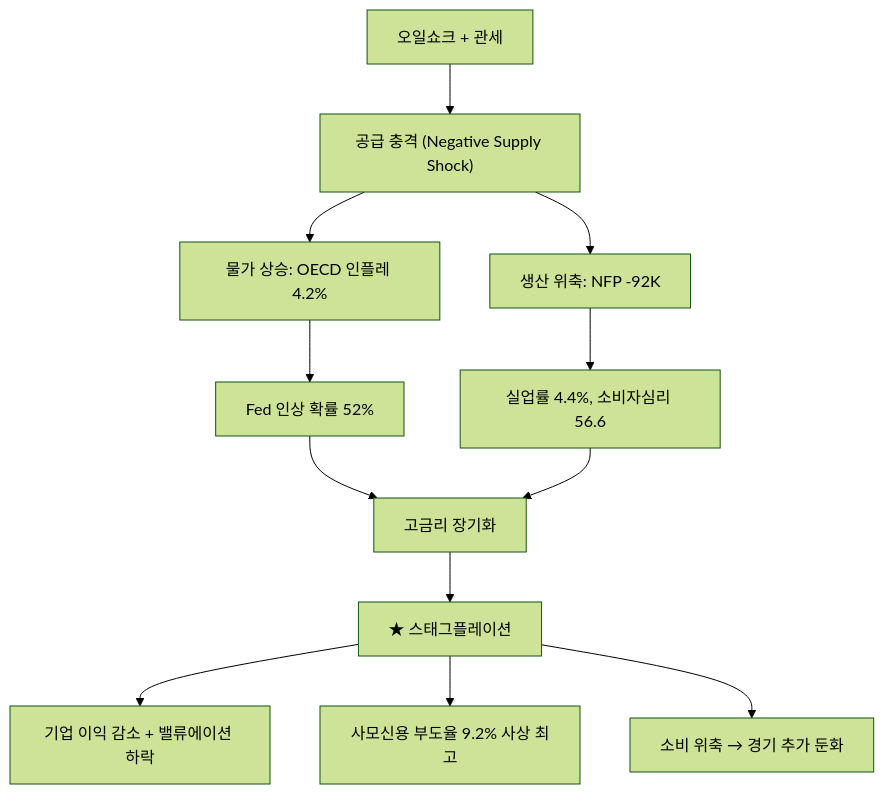
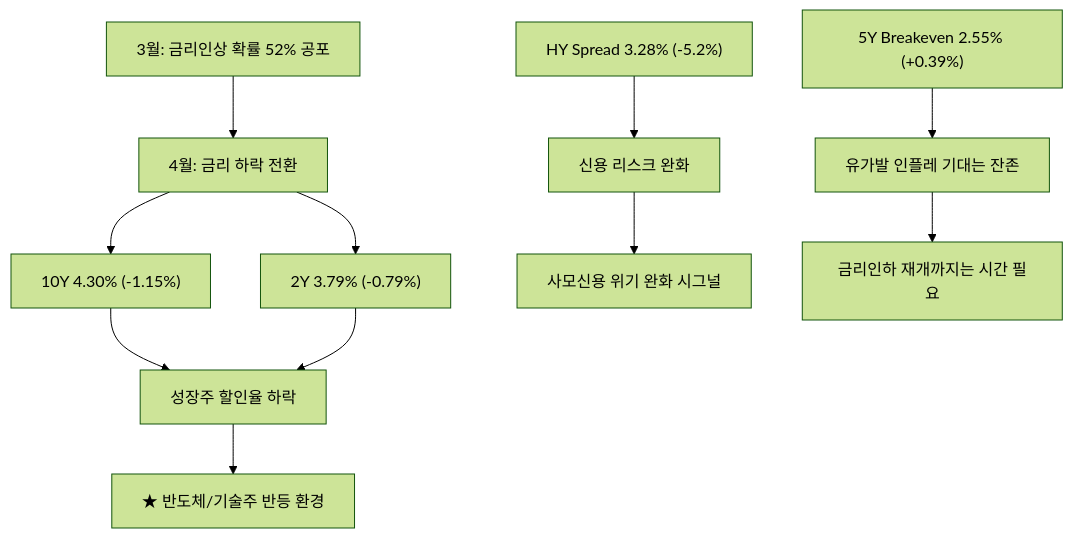
One commit to dss99911/dss99911.github.io changed the fourth of 9 diagrams in _posts/knowledge/invest/2026-01-12-macroeconomic-policy-sector-outlook-2026.md. Above: the diagram before and after it, drawn with Mermaid (forest theme). The commit also changed other lines of this file and 3 other files, not shown here.

````diff
--- a/_posts/knowledge/invest/2026-01-12-macroeconomic-policy-sector-outlook-2026.md
+++ b/_posts/knowledge/invest/2026-01-12-macroeconomic-policy-sector-outlook-2026.md
@@ -160,14 +156,13 @@
 ```mermaid
 graph TD
-    A["오일쇼크 + 관세"] --> B["공급 충격 #40;Negative Supply Shock#41;"]
-    B --> C["물가 상승: OECD 인플레 4.2%"]
-    B --> D["생산 위축: NFP -92K"]
-    C --> E["Fed 인상 확률 52%"]
-    D --> F["실업률 4.4%, 소비자심리 56.6"]
-    E --> G["고금리 장기화"]
-    F --> G
-    G --> H["★ 스태그플레이션"]
-    H --> I["기업 이익 감소 + 밸류에이션 하락"]
-    H --> J["사모신용 부도율 9.2% 사상 최고"]
-    H --> K["소비 위축 → 경기 추가 둔화"]
+    A["3월: 금리인상 확률 52% 공포"] --> B["4월: 금리 하락 전환"]
+    B --> C["10Y 4.30% #40;-1.15%#41;"]
+    B --> D["2Y 3.79% #40;-0.79%#41;"]
+    C --> E["성장주 할인율 하락"]
+    D --> E
+    E --> F["★ 반도체/기술주 반등 환경"]
+    G["HY Spread 3.28% #40;-5.2%#41;"] --> H["신용 리스크 완화"]
+    H --> I["사모신용 위기 완화 시그널"]
+    J["5Y Breakeven 2.55% #40;+0.39%#41;"] --> K["유가발 인플레 기대는 잔존"]
+    K --> L["금리인하 재개까지는 시간 필요"]
 ```
````
